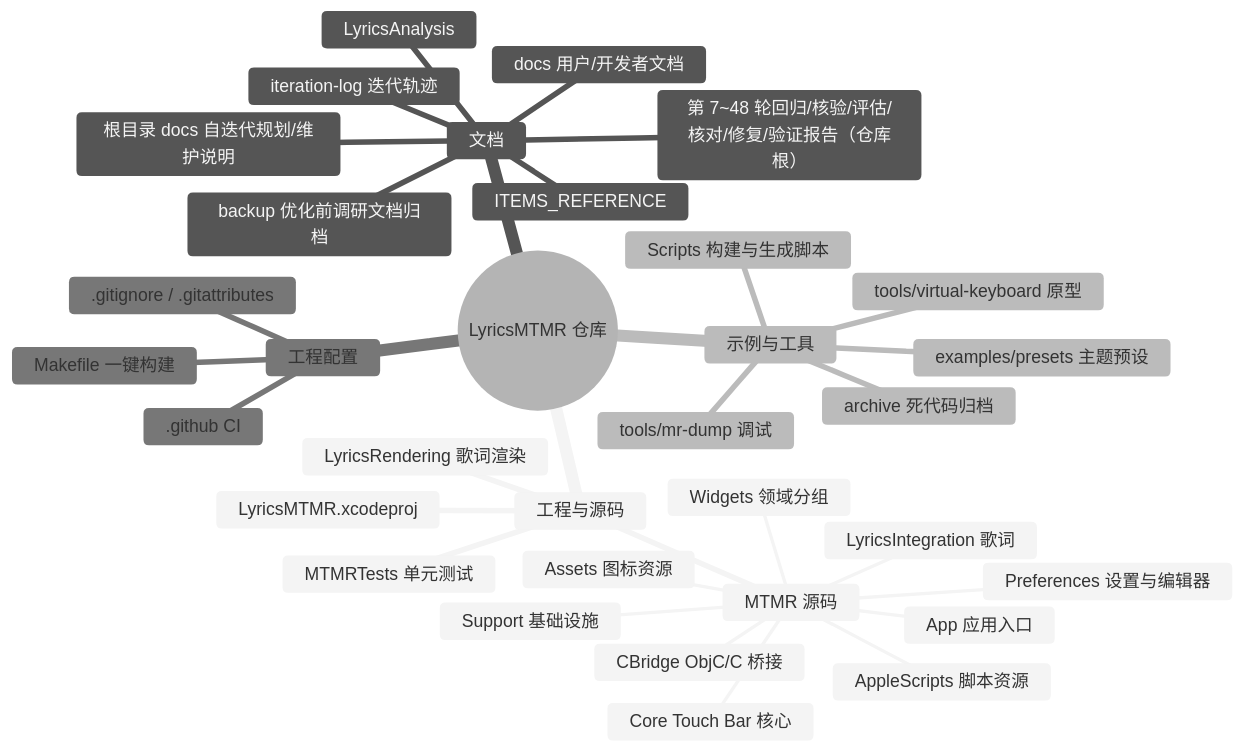
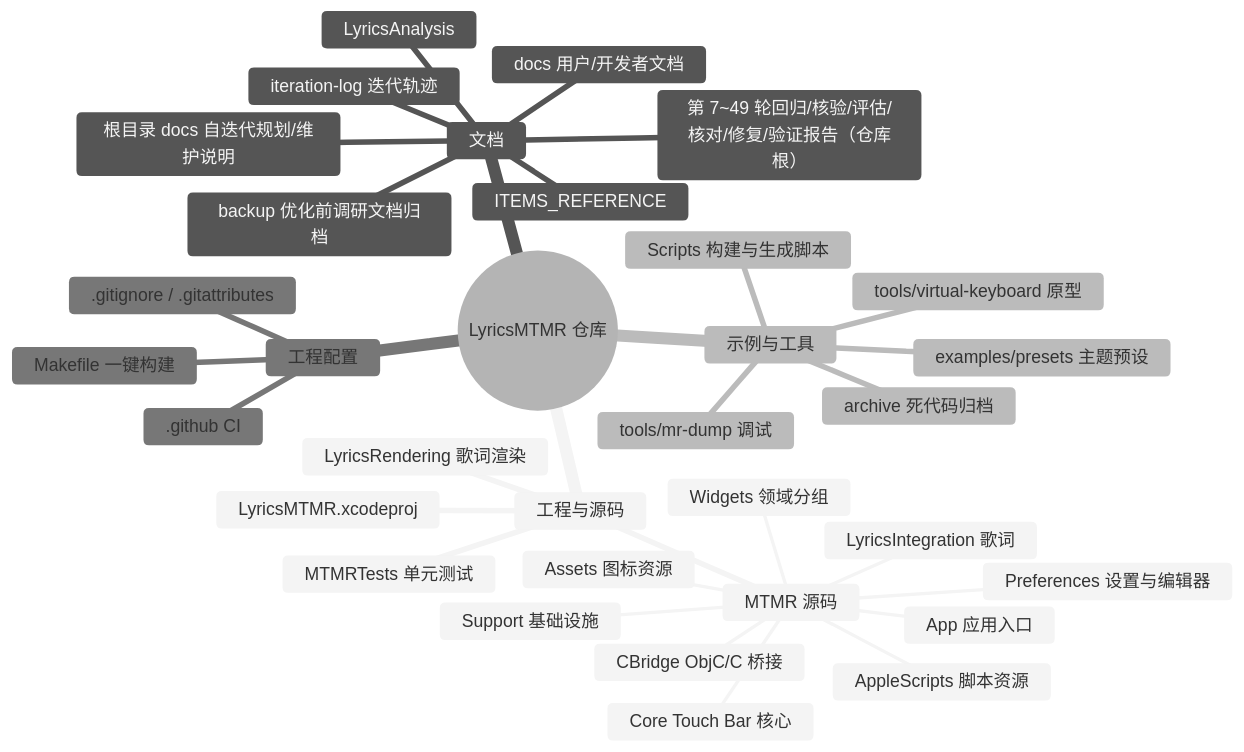
Before and after one commit to Tangzishun-Li/LyricsMTMR: the first of 2 diagrams in LyricsMTMR/docs/file-structure.zh.md, drawn with Mermaid (neutral theme). The commit also changed other lines of this file and 3 other files, not shown here.

````diff
--- a/LyricsMTMR/docs/file-structure.zh.md
+++ b/LyricsMTMR/docs/file-structure.zh.md
@@ -10,36 +10,36 @@
 ```mermaid
 mindmap
   root((LyricsMTMR 仓库))
     工程与源码
       LyricsMTMR.xcodeproj
       MTMR 源码
         App 应用入口
         Core Touch Bar 核心
         Support 基础设施
         Widgets 领域分组
         Preferences 设置与编辑器
         LyricsIntegration 歌词
         CBridge ObjC/C 桥接
         AppleScripts 脚本资源
         Assets 图标资源
       LyricsRendering 歌词渲染
       MTMRTests 单元测试
     文档
       docs 用户/开发者文档
       ITEMS_REFERENCE
       LyricsAnalysis
       backup 优化前调研文档归档
       iteration-log 迭代轨迹
       根目录 docs 自迭代规划/维护说明
-      第 7~48 轮回归/核验/评估/核对/修复/验证报告（仓库根）
+      第 7~49 轮回归/核验/评估/核对/修复/验证报告（仓库根）
     示例与工具
       examples/presets 主题预设
       tools/mr-dump 调试
       tools/virtual-keyboard 原型
       Scripts 构建与生成脚本
       archive 死代码归档
     工程配置
       .github CI
       .gitignore / .gitattributes
       Makefile 一键构建
 ```
````
